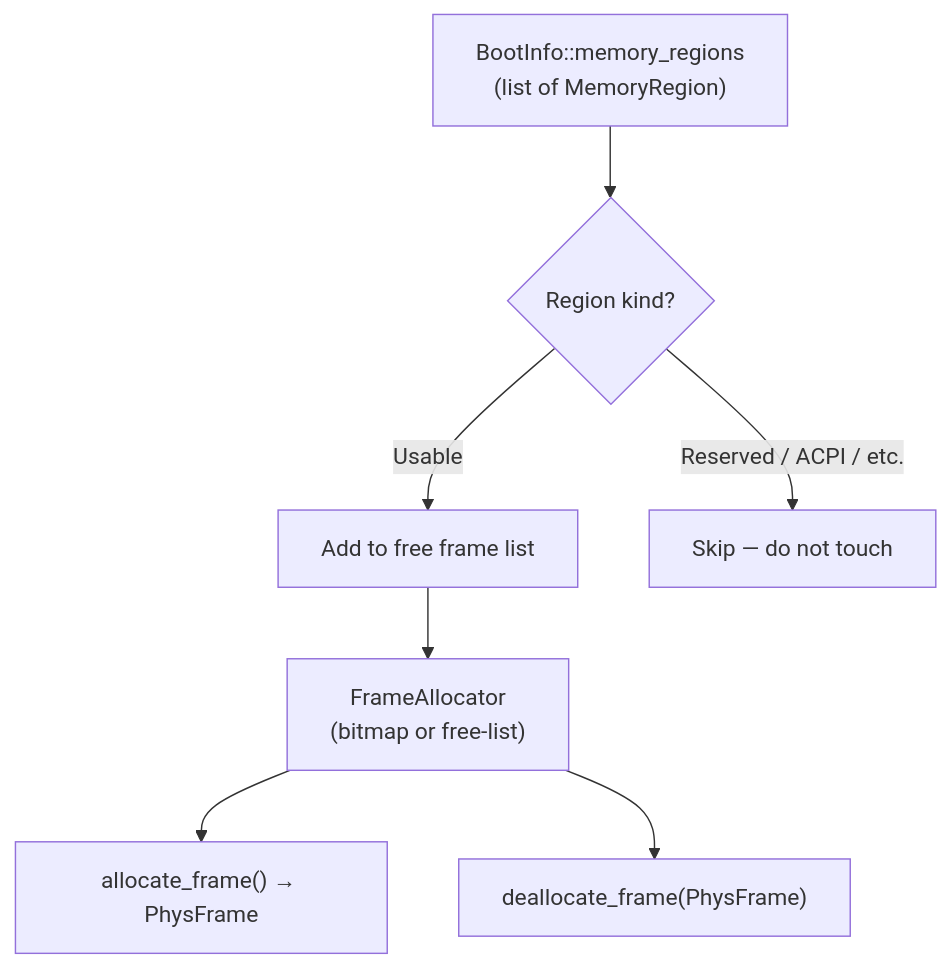
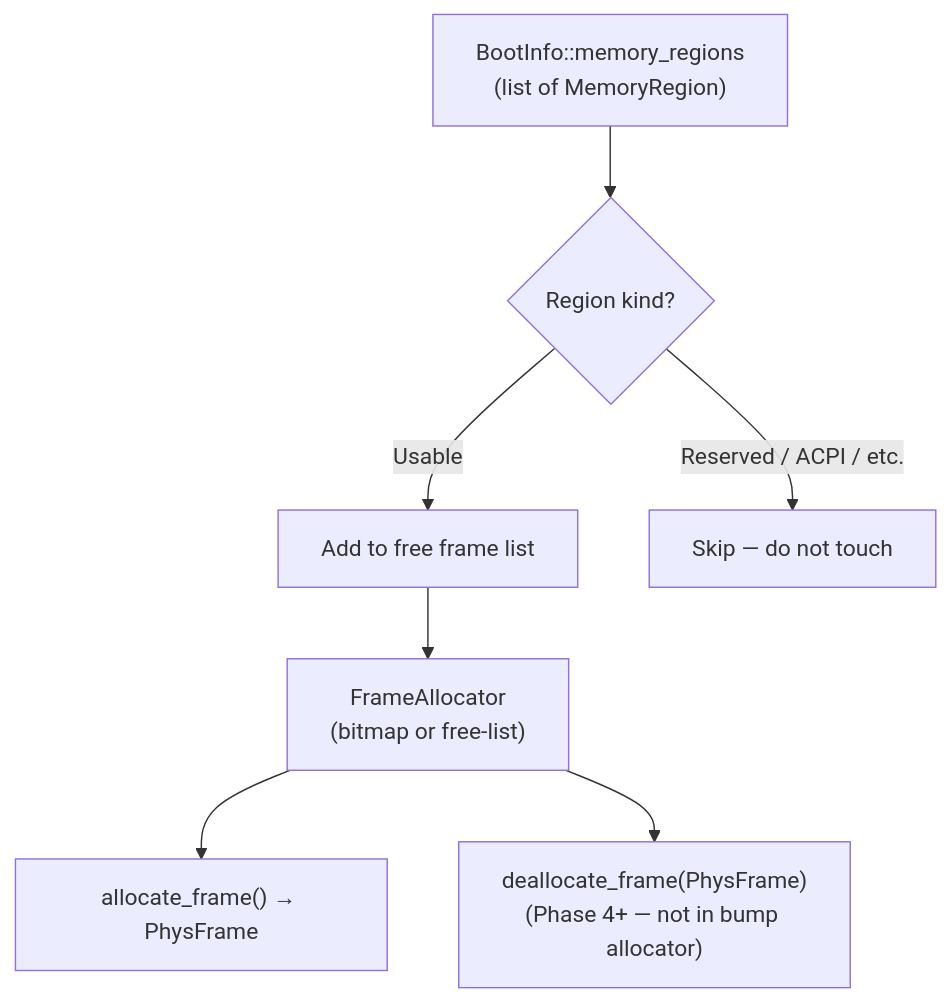
The first of 3 diagrams in docs/03-memory.md (mikecubed/m3OS), drawn with Mermaid before and after one commit. The commit also changed other lines of this file and 1 other file, not shown here.

First line of the commit message:
docs(mm): update Phase 2 docs to match implementation

````diff
--- a/docs/03-memory.md
+++ b/docs/03-memory.md
@@ -19,9 +19,9 @@
 ```mermaid
 graph TD
     A["BootInfo::memory_regions\n(list of MemoryRegion)"] --> B{Region kind?}
     B -->|Usable| C["Add to free frame list"]
     B -->|Reserved / ACPI / etc.| D["Skip — do not touch"]
     C --> E["FrameAllocator\n(bitmap or free-list)"]
     E --> F["allocate_frame() → PhysFrame"]
-    E --> G["deallocate_frame(PhysFrame)"]
+    E --> G["deallocate_frame(PhysFrame)<br/>(Phase 4+ — not in bump allocator)"]
 ```
````
